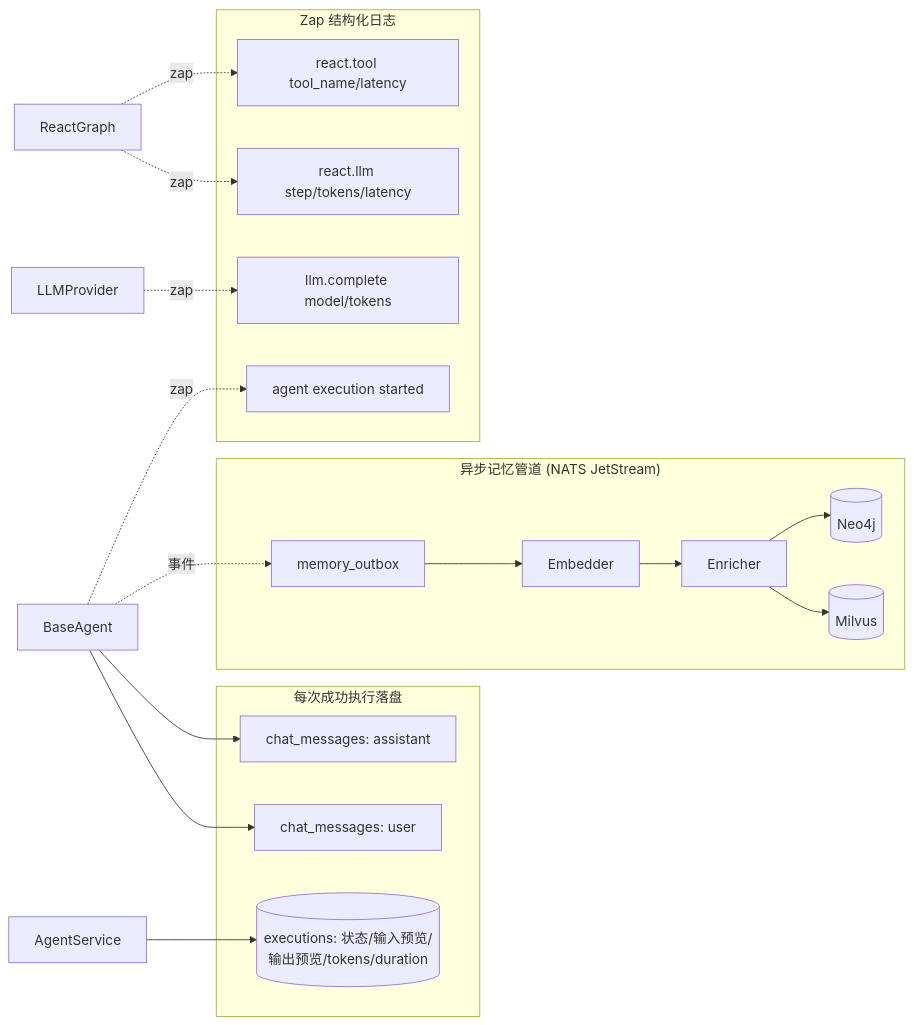
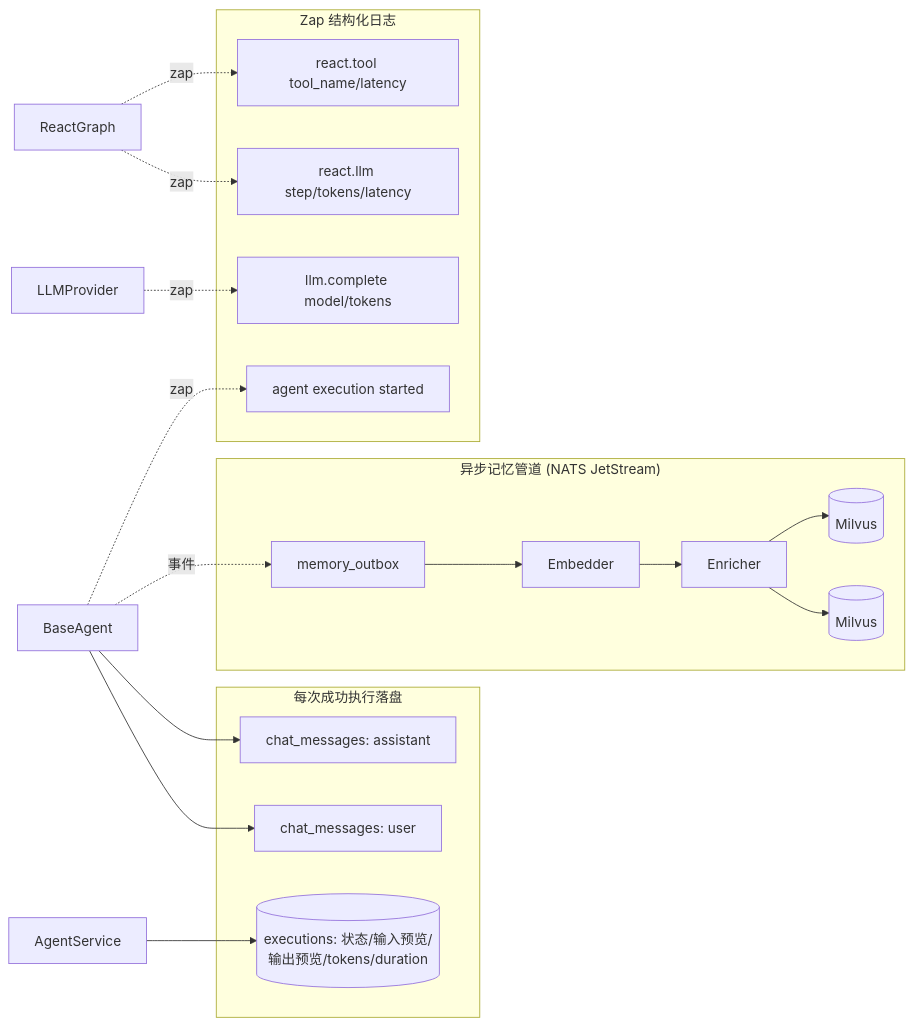
The ninth of 23 diagrams in docs/agent/agent-chat-flow.md (ArchChuan/Stratum), drawn with Mermaid before and after one commit. The commit also changed 71 other files, not shown here.

````diff
--- a/docs/agent/agent-chat-flow.md
+++ b/docs/agent/agent-chat-flow.md
@@ -393,29 +393,29 @@
 ```mermaid
 flowchart LR
     subgraph Persist["每次成功执行落盘"]
         UserMsg[chat_messages: user]
         AsstMsg[chat_messages: assistant]
         Exec[(executions: 状态/输入预览/输出预览/tokens/duration)]
     end
 
     subgraph Outbox["异步记忆管道 (NATS JetStream)"]
         OB[memory_outbox] --> Embedder
         Embedder --> Enricher
         Enricher --> Mil[(Milvus)]
-        Enricher --> Neo[(Neo4j)]
+        Enricher --> Milvus[(Milvus)]
     end
 
     subgraph Logs["Zap 结构化日志"]
         L1[agent execution started]
         L2[react.llm step/tokens/latency]
         L3[react.tool tool_name/latency]
         L4[llm.complete model/tokens]
     end
 
     BaseAgent --> UserMsg & AsstMsg
     AgentService --> Exec
     BaseAgent -.事件.-> OB
     BaseAgent -.zap.-> L1
     ReactGraph -.zap.-> L2 & L3
     LLMProvider -.zap.-> L4
 ```
````
